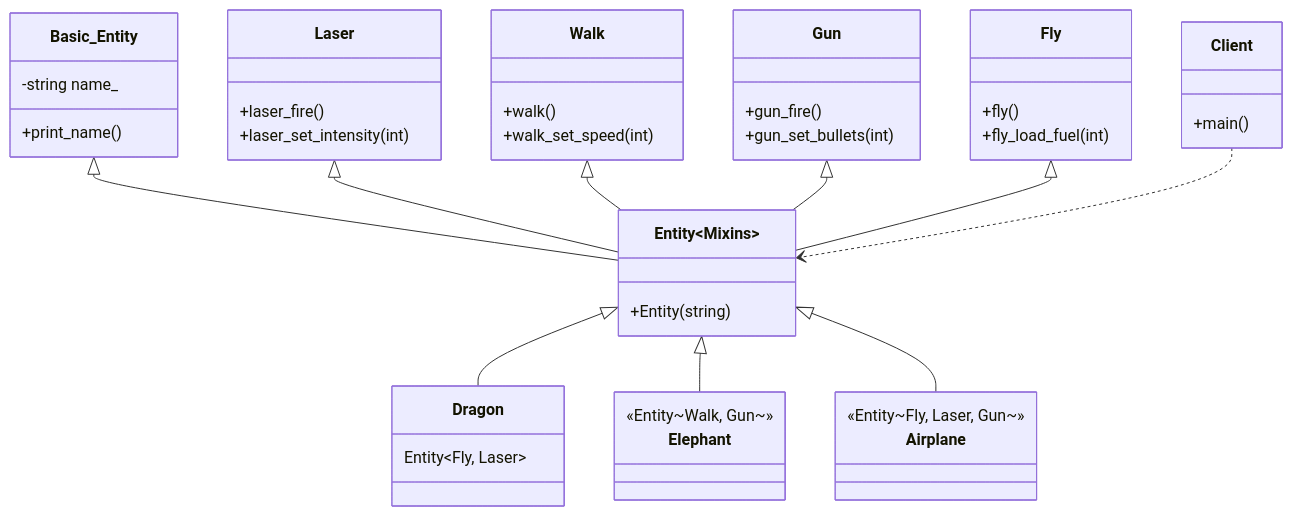
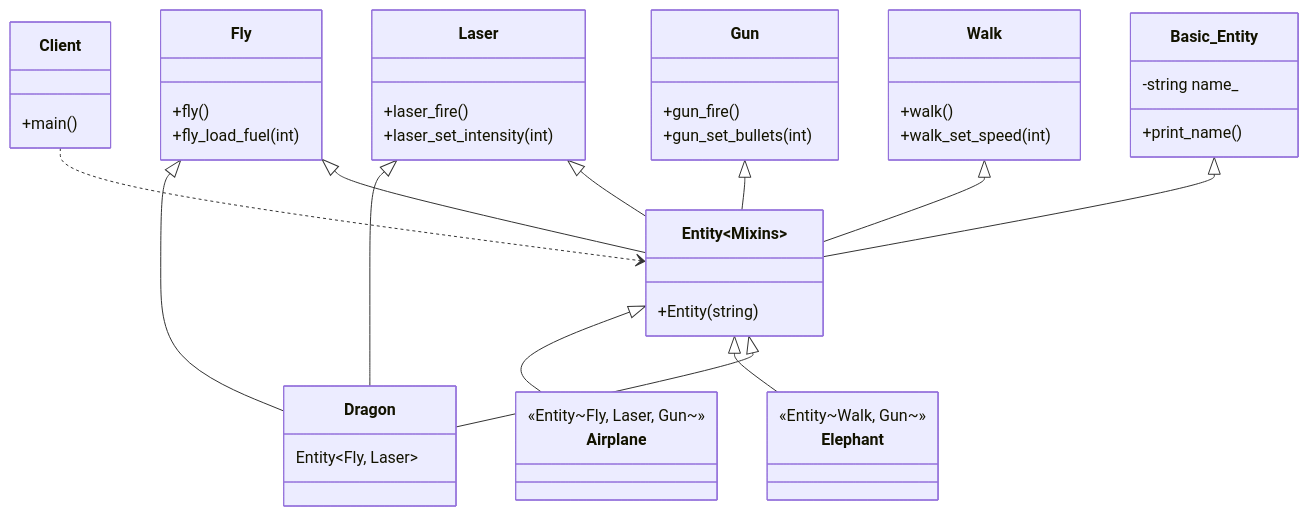
The diagram in 15_Mixin/01_Simple/diagram.md (Cichlidfishexigency721/Modern-CPP-Design-Patterns), drawn with Mermaid before and after one commit.

Commit message:
UML improvement

````diff
--- a/15_Mixin/01_Simple/diagram.md
+++ b/15_Mixin/01_Simple/diagram.md
@@ -3,56 +3,58 @@
 ```mermaid
 classDiagram
    class Basic_Entity {
       -string name_
       +print_name()
    }
 
    class Laser {
       +laser_fire()
       +laser_set_intensity(int)
    }
 
    class Walk {
       +walk()
       +walk_set_speed(int)
    }
 
    class Gun {
       +gun_fire()
       +gun_set_bullets(int)
    }
 
    class Fly {
       +fly()
       +fly_load_fuel(int)
    }
 
    class Entity~Mixins~ {
       +Entity(string)
    }
 
    class Client {
       +main()
    }
 
    %% Specific Entities defined by type aliases in the code
    class Dragon { Entity~Fly, Laser~ }
    class Elephant { <<Entity~Walk, Gun~>> }
    class Airplane { <<Entity~Fly, Laser, Gun~>> }
 
    %% Multiple Inheritance (Horizontal Composition)
    %% Inheritance arrows do not use multiplicity numbers
    Basic_Entity <|-- Entity~Mixins~
    Laser <|-- Entity~Mixins~
    Walk <|-- Entity~Mixins~
    Gun <|-- Entity~Mixins~
    Fly <|-- Entity~Mixins~
 
    %% Relationships for specific types
    Entity~Mixins~ <|-- Dragon
+   Fly <|-- Dragon
+   Laser <|-- Dragon
    Entity~Mixins~ <|-- Elephant
    Entity~Mixins~ <|-- Airplane
 
    %% Dependency - No numbers
    Client ..> Entity~Mixins~
 ```
````
